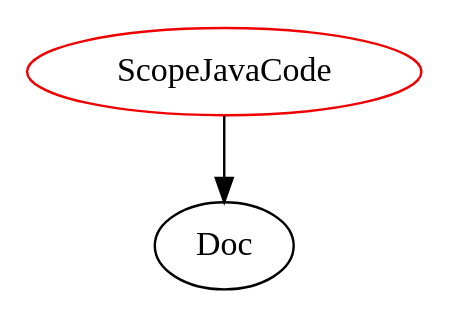
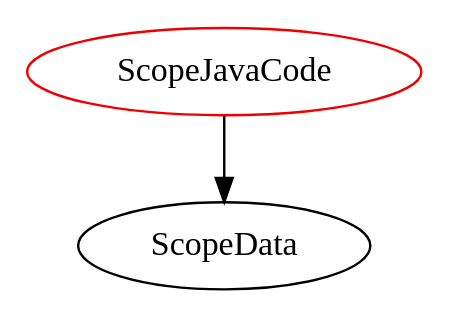
The diagram in analysis/TypeDependencyGraphs/gool/ScopeJavaCode.dot (BilalM04/Drasil), drawn with Graphviz before and after one commit. The commit also changed 10664 other files, not shown here.

```diff
--- a/analysis/TypeDependencyGraphs/gool/ScopeJavaCode.dot
+++ b/analysis/TypeDependencyGraphs/gool/ScopeJavaCode.dot
@@ -1,4 +1,4 @@
 digraph scopejavacode{
 ScopeJavaCode	[shape=oval, color=red2, label="ScopeJavaCode"];
-ScopeJavaCode -> Doc;
+ScopeJavaCode -> ScopeData;
 }
```
